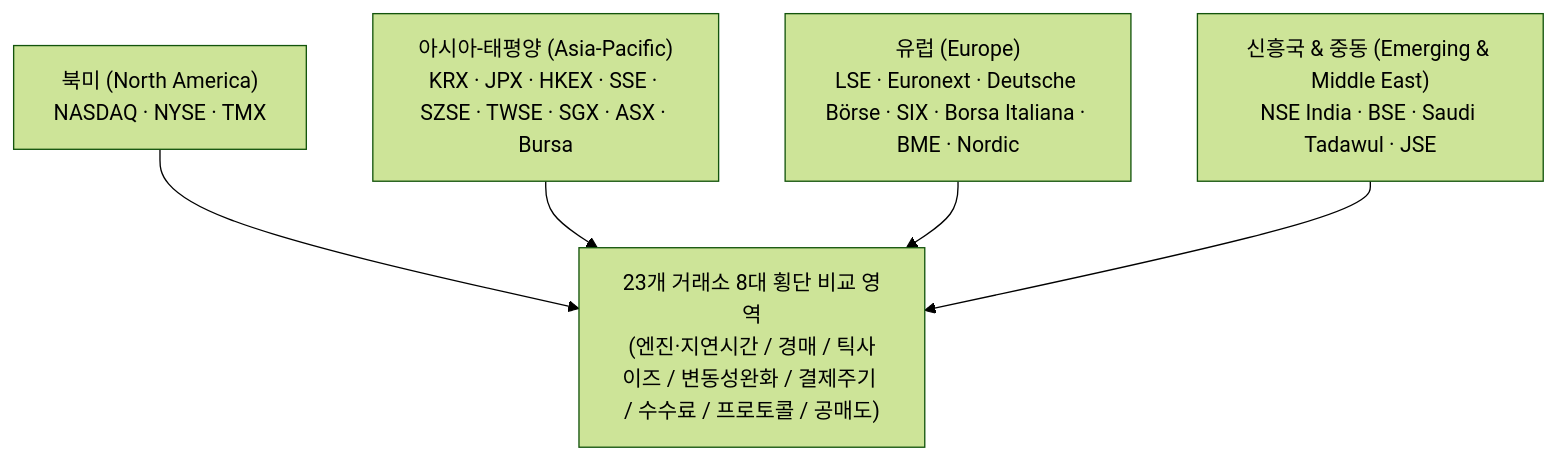
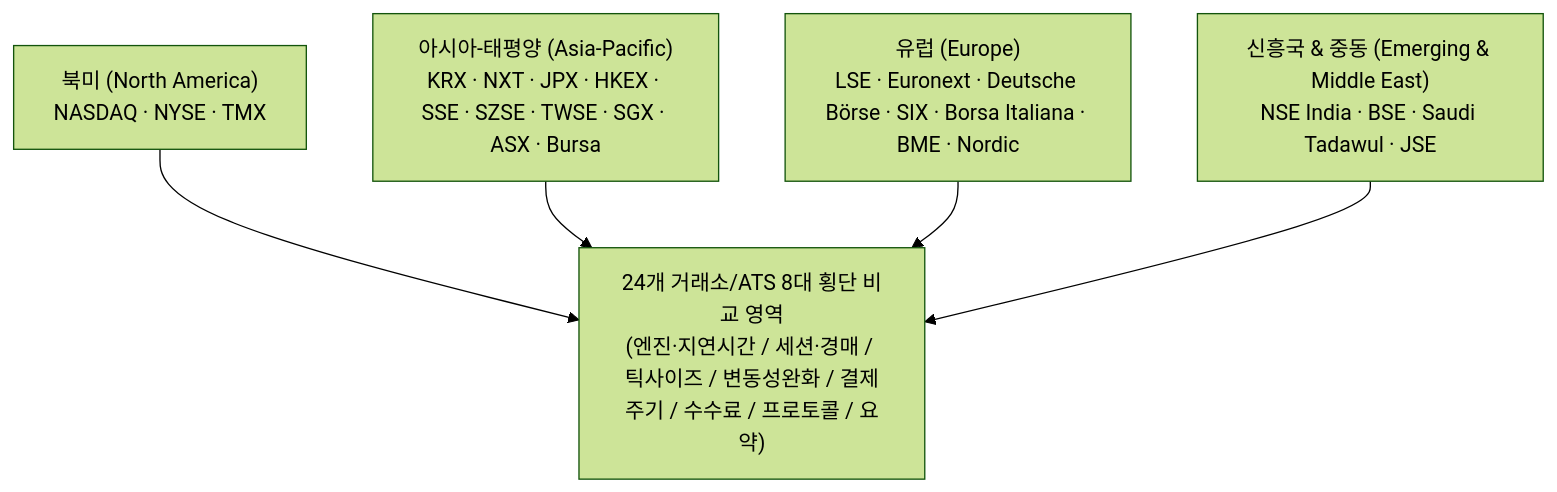
One commit to keimania/global-exchanges changed the first of 4 diagrams in comparison_matrix.md. Above: the diagram before and after it, drawn with Mermaid (forest theme). The commit also changed other lines of this file and 7 other files, not shown here.

Commit message:
feat: add Nextrade (NXT) ATS documentation, integration in viewer, market clock, and 24-exchange comparison matrix

````diff
--- a/comparison_matrix.md
+++ b/comparison_matrix.md
@@ -14,14 +14,14 @@
 ```mermaid
 flowchart TD
     NA["북미 (North America)<br>NASDAQ · NYSE · TMX"]
-    APAC["아시아-태평양 (Asia-Pacific)<br>KRX · JPX · HKEX · SSE · SZSE · TWSE · SGX · ASX · Bursa"]
+    APAC["아시아-태평양 (Asia-Pacific)<br>KRX · NXT · JPX · HKEX · SSE · SZSE · TWSE · SGX · ASX · Bursa"]
     EU["유럽 (Europe)<br>LSE · Euronext · Deutsche Börse · SIX · Borsa Italiana · BME · Nordic"]
     EM["신흥국 & 중동 (Emerging & Middle East)<br>NSE India · BSE · Saudi Tadawul · JSE"]
 
-    Matrix["23개 거래소 8대 횡단 비교 영역<br>(엔진·지연시간 / 경매 / 틱사이즈 / 변동성완화 / 결제주기 / 수수료 / 프로토콜 / 공매도)"]
+    Matrix["24개 거래소/ATS 8대 횡단 비교 영역<br>(엔진·지연시간 / 세션·경매 / 틱사이즈 / 변동성완화 / 결제주기 / 수수료 / 프로토콜 / 요약)"]
 
     NA --> Matrix
     APAC --> Matrix
     EU --> Matrix
     EM --> Matrix
 ```
````
